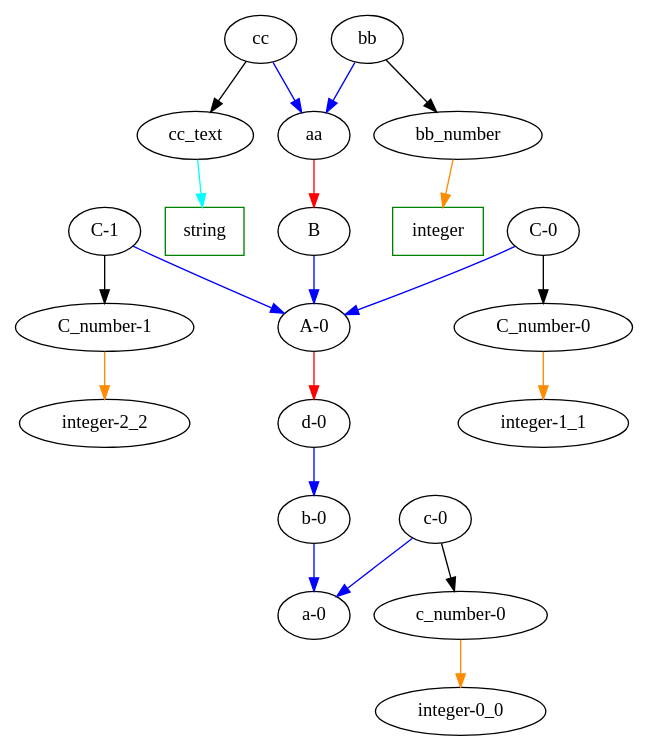
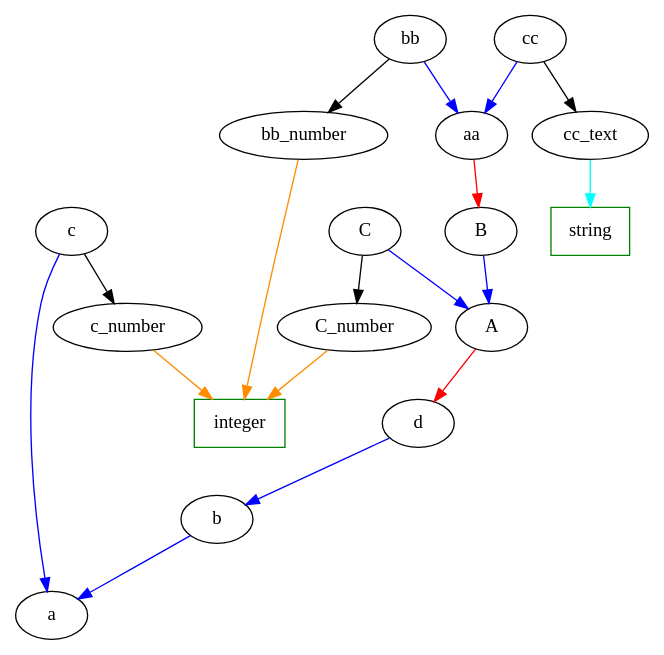
Before and after one commit to heinz-preisig/PeriConto: the diagram in ontologyRepository/Digraph.gv, drawn with Graphviz. The commit also changed 13 other files, not shown here.

```diff
--- a/ontologyRepository/Digraph.gv
+++ b/ontologyRepository/Digraph.gv
@@ -1,62 +1,53 @@
 digraph {
-	"b-0"
-	"a-0"
-	"b-0" -> "a-0" [color=blue]
-	"C-1"
-	"C_number-1"
-	"C-1" -> "C_number-1" [color=black]
-	"A-0"
-	"d-0"
-	"A-0" -> "d-0" [color=red]
+	aa
 	B
-	"A-0"
-	B -> "A-0" [color=blue]
+	aa -> B [color=red]
+	d
+	b
+	d -> b [color=blue]
+	c
+	a
+	c -> a [color=blue]
+	cc
+	aa
+	cc -> aa [color=blue]
+	bb
+	bb_number
+	bb -> bb_number [color=black]
+	A
+	d
+	A -> d [color=red]
+	B
+	A
+	B -> A [color=blue]
+	C
+	A
+	C -> A [color=blue]
+	b
+	a
+	b -> a [color=blue]
+	integer [color=green shape=rectangle]
+	integer
+	bb_number -> integer [color=darkorange]
+	bb
+	aa
+	bb -> aa [color=blue]
+	integer [color=green shape=rectangle]
+	integer
+	c_number -> integer [color=darkorange]
 	cc
 	cc_text
 	cc -> cc_text [color=black]
-	bb
-	bb_number
-	bb -> bb_number [color=black]
-	bb
-	aa
-	bb -> aa [color=blue]
-	"c_number-0"
-	"integer-0_0"
-	"c_number-0" -> "integer-0_0" [color=darkorange]
-	"d-0"
-	"b-0"
-	"d-0" -> "b-0" [color=blue]
-	"c-0"
-	"c_number-0"
-	"c-0" -> "c_number-0" [color=black]
-	"c-0"
-	"a-0"
-	"c-0" -> "a-0" [color=blue]
-	"C-0"
-	"C_number-0"
-	"C-0" -> "C_number-0" [color=black]
-	"C-1"
-	"A-0"
-	"C-1" -> "A-0" [color=blue]
-	aa
-	B
-	aa -> B [color=red]
-	"C_number-0"
-	"integer-1_1"
-	"C_number-0" -> "integer-1_1" [color=darkorange]
-	"C_number-1"
-	"integer-2_2"
-	"C_number-1" -> "integer-2_2" [color=darkorange]
 	integer [color=green shape=rectangle]
 	integer
-	bb_number -> integer [color=darkorange]
-	"C-0"
-	"A-0"
-	"C-0" -> "A-0" [color=blue]
-	cc
-	aa
-	cc -> aa [color=blue]
+	C_number -> integer [color=darkorange]
+	c
+	c_number
+	c -> c_number [color=black]
 	string [color=green shape=rectangle]
 	string
 	cc_text -> string [color=cyan]
+	C
+	C_number
+	C -> C_number [color=black]
 }
```
